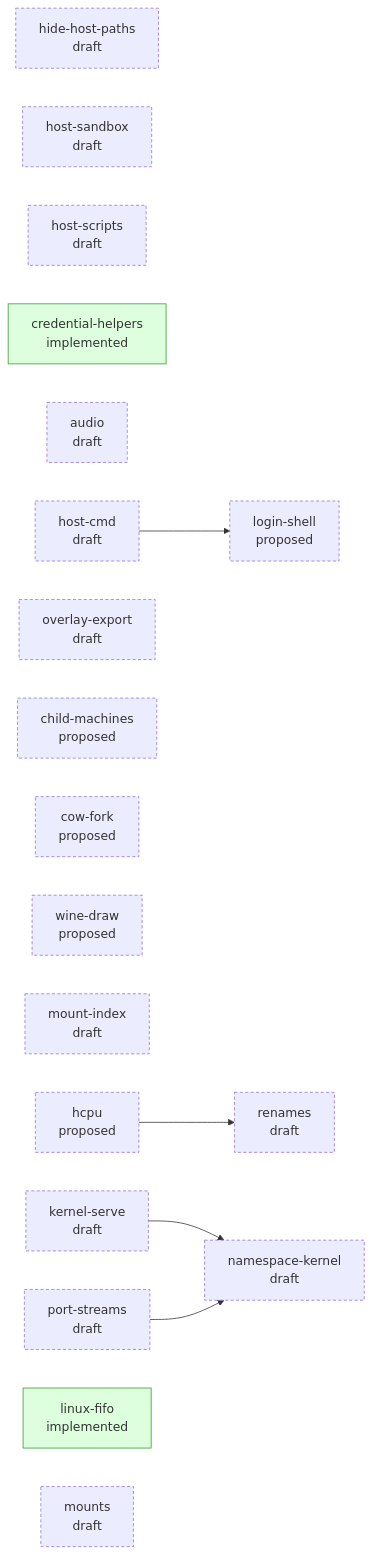
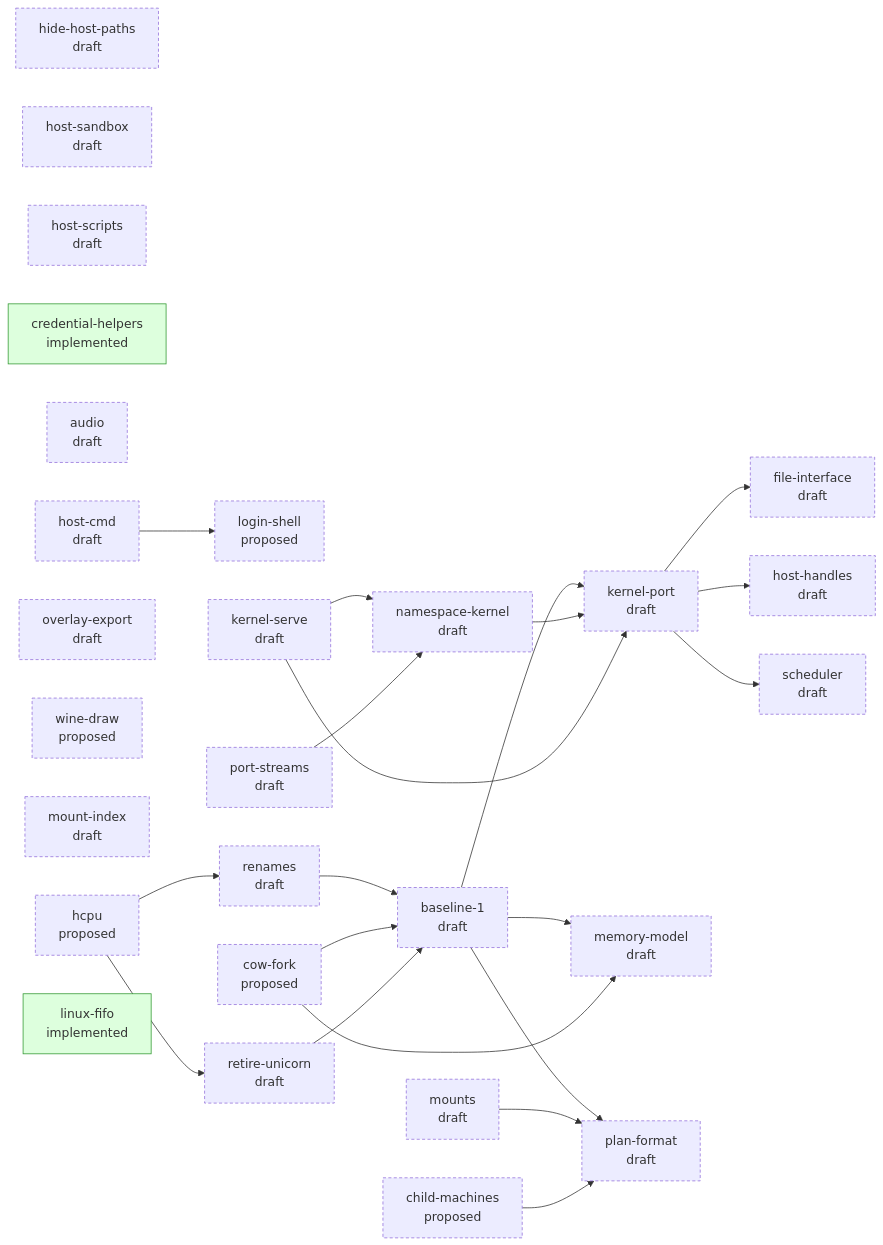
One commit to progrium/hyper9 changed the diagram in design/STATUS.md. Above: the diagram before and after it, drawn with Mermaid. The commit also changed other lines of this file, not shown here.

Commit message:
design: regenerate STATUS.md

````diff
--- a/design/STATUS.md
+++ b/design/STATUS.md
@@ -29,30 +37,53 @@
 ```mermaid
 flowchart LR
   classDef draft stroke-dasharray: 4 3
   classDef accepted stroke-width: 2px
   classDef implemented fill:#dfd,stroke:#393
   classDef closed fill:#eee,stroke:#999,color:#777
   p_hide_host_paths["hide-host-paths<br/>draft"]:::draft
   p_host_sandbox["host-sandbox<br/>draft"]:::draft
   p_host_scripts["host-scripts<br/>draft"]:::draft
   p_credential_helpers["credential-helpers<br/>implemented"]:::implemented
   p_audio["audio<br/>draft"]:::draft
   p_host_cmd["host-cmd<br/>draft"]:::draft
   p_overlay_export["overlay-export<br/>draft"]:::draft
   p_login_shell["login-shell<br/>proposed"]:::draft
   p_child_machines["child-machines<br/>proposed"]:::draft
   p_cow_fork["cow-fork<br/>proposed"]:::draft
   p_wine_draw["wine-draw<br/>proposed"]:::draft
   p_mount_index["mount-index<br/>draft"]:::draft
   p_hcpu["hcpu<br/>proposed"]:::draft
   p_kernel_serve["kernel-serve<br/>draft"]:::draft
   p_namespace_kernel["namespace-kernel<br/>draft"]:::draft
   p_port_streams["port-streams<br/>draft"]:::draft
   p_linux_fifo["linux-fifo<br/>implemented"]:::implemented
   p_mounts["mounts<br/>draft"]:::draft
+  p_baseline_1["baseline-1<br/>draft"]:::draft
+  p_file_interface["file-interface<br/>draft"]:::draft
+  p_host_handles["host-handles<br/>draft"]:::draft
+  p_kernel_port["kernel-port<br/>draft"]:::draft
+  p_memory_model["memory-model<br/>draft"]:::draft
+  p_plan_format["plan-format<br/>draft"]:::draft
   p_renames["renames<br/>draft"]:::draft
+  p_retire_unicorn["retire-unicorn<br/>draft"]:::draft
+  p_scheduler["scheduler<br/>draft"]:::draft
   p_host_cmd --> p_login_shell
   p_kernel_serve --> p_namespace_kernel
   p_port_streams --> p_namespace_kernel
+  p_renames --> p_baseline_1
+  p_cow_fork --> p_baseline_1
+  p_retire_unicorn --> p_baseline_1
+  p_kernel_port --> p_file_interface
+  p_kernel_port --> p_host_handles
+  p_baseline_1 --> p_kernel_port
+  p_namespace_kernel --> p_kernel_port
+  p_kernel_serve --> p_kernel_port
+  p_baseline_1 --> p_memory_model
+  p_cow_fork --> p_memory_model
+  p_baseline_1 --> p_plan_format
+  p_mounts --> p_plan_format
+  p_child_machines --> p_plan_format
   p_hcpu --> p_renames
+  p_hcpu --> p_retire_unicorn
+  p_kernel_port --> p_scheduler
 ```
````
